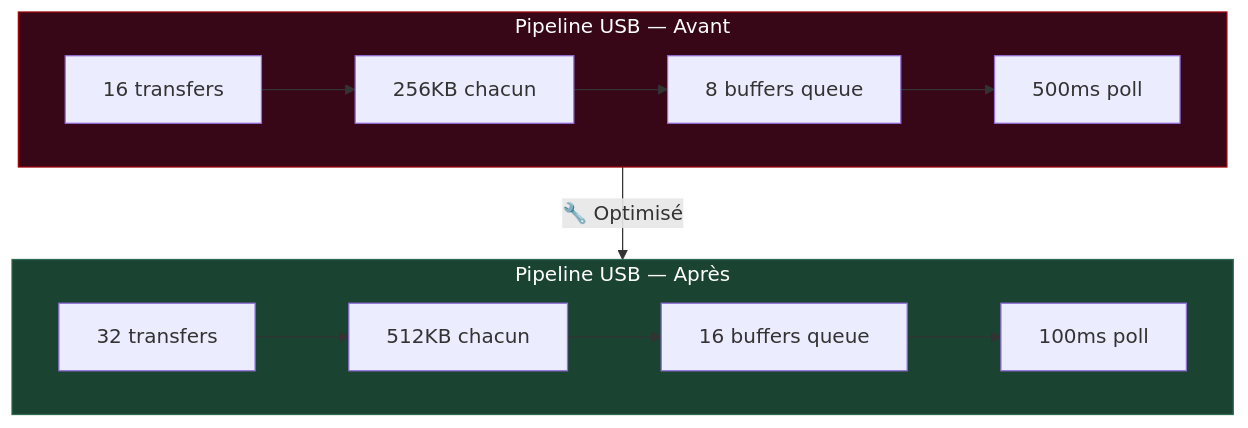
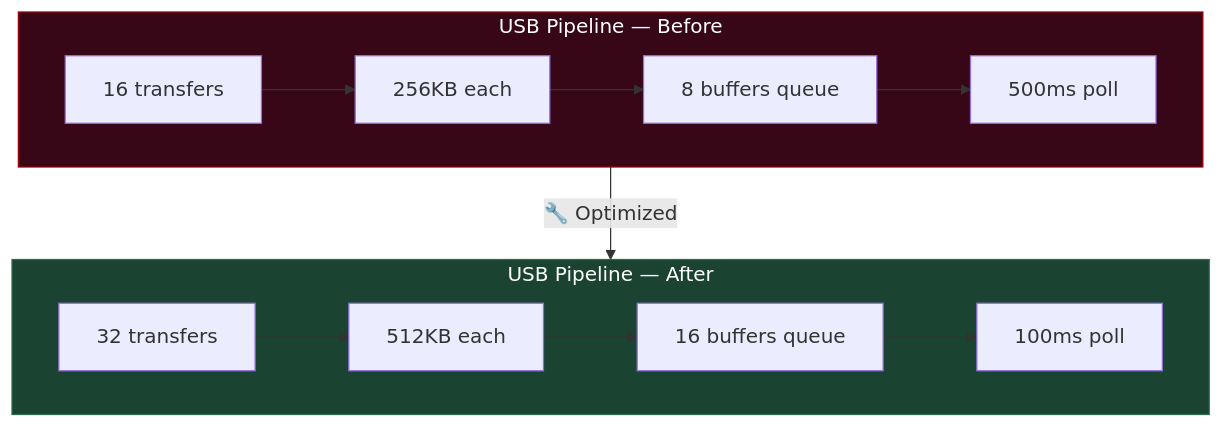
Before and after one commit to f4tnk/airspyone_host: the eighth of 11 diagrams in OPTIMIZATIONS-F4TNK.md, drawn with Mermaid. The commit also changed other lines of this file, not shown here.

````diff
--- a/OPTIMIZATIONS-F4TNK.md
+++ b/OPTIMIZATIONS-F4TNK.md
@@ -387,17 +387,17 @@
 ```mermaid
 flowchart TB
-    subgraph Avant["Pipeline USB — Avant"]
+    subgraph Before["USB Pipeline — Before"]
         direction LR
-        UA["16 transfers"] --> UB["256KB chacun"] --> UC["8 buffers queue"] --> UD["500ms poll"]
+        UA["16 transfers"] --> UB["256KB each"] --> UC["8 buffers queue"] --> UD["500ms poll"]
     end
 
-    subgraph Après["Pipeline USB — Après"]
+    subgraph After["USB Pipeline — After"]
         direction LR
-        VA["32 transfers"] --> VB["512KB chacun"] --> VC["16 buffers queue"] --> VD["100ms poll"]
+        VA["32 transfers"] --> VB["512KB each"] --> VC["16 buffers queue"] --> VD["100ms poll"]
     end
 
-    Avant -->|"🔧 Optimisé"| Après
+    Before -->|"🔧 Optimized"| After
 
-    style Avant fill:#370617,stroke:#9d0208,color:#fff
-    style Après fill:#1b4332,stroke:#2d6a4f,color:#fff
+    style Before fill:#370617,stroke:#9d0208,color:#fff
+    style After fill:#1b4332,stroke:#2d6a4f,color:#fff
 ```
````
